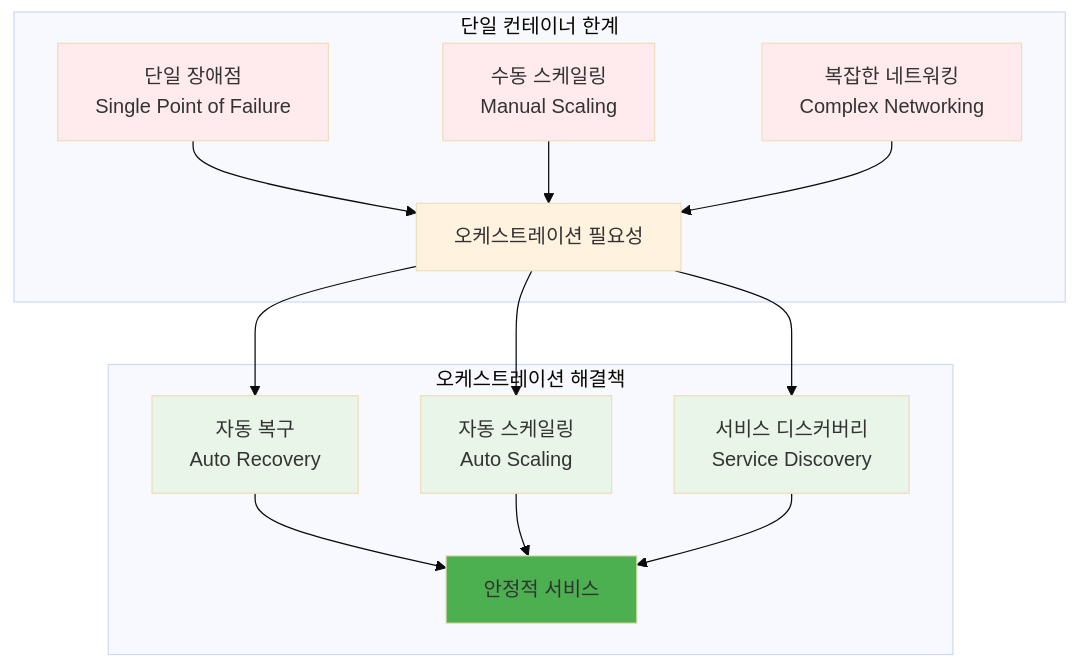
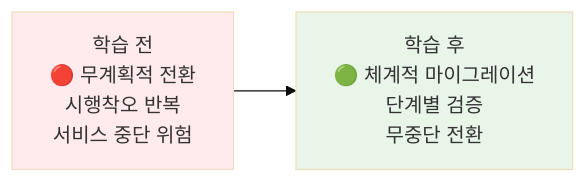
One commit to niceguy61/kdt_devops_lecture_2025 changed the first of 3 diagrams in theory/week_02/day4/session_3.md. Above: the diagram before and after it, drawn with Mermaid (base theme). The commit also changed other lines of this file and 70 other files, not shown here.

````diff
--- a/theory/week_02/day4/session_3.md
+++ b/theory/week_02/day4/session_3.md
@@ -27,27 +36,7 @@
 ```mermaid
-graph TB
-    subgraph "단일 컨테이너 한계"
-        A[단일 장애점<br/>Single Point of Failure] --> D[오케스트레이션 필요성]
-        B[수동 스케일링<br/>Manual Scaling] --> D
-        C[복잡한 네트워킹<br/>Complex Networking] --> D
-    end
-    
-    subgraph "오케스트레이션 해결책"
-        E[자동 복구<br/>Auto Recovery] --> F[안정적 서비스]
-        G[자동 스케일링<br/>Auto Scaling] --> F
-        H[서비스 디스커버리<br/>Service Discovery] --> F
-    end
-    
-    D --> E
-    D --> G
-    D --> H
+graph LR
+    A[학습 전<br/>🔴 무계획적 전환<br/>시행착오 반복<br/>서비스 중단 위험] --> B[학습 후<br/>🟢 체계적 마이그레이션<br/>단계별 검증<br/>무중단 전환]
     
     style A fill:#ffebee
-    style B fill:#ffebee
-    style C fill:#ffebee
-    style D fill:#fff3e0
-    style E fill:#e8f5e8
-    style F fill:#4caf50
-    style G fill:#e8f5e8
-    style H fill:#e8f5e8
+    style B fill:#e8f5e8
 ```
````
